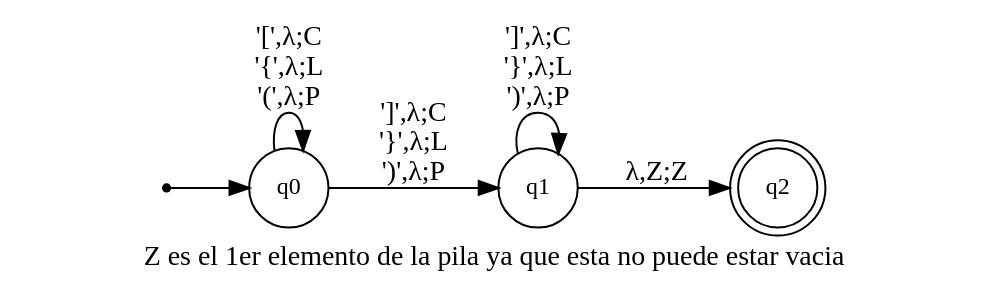
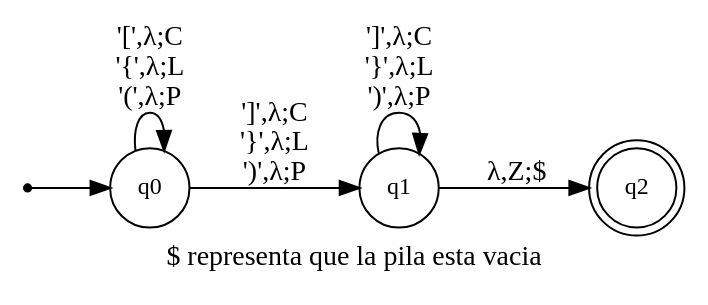
Before and after one commit to LCampi01/SSL: the diagram in 04-Comentarios/EquilibrateBrackets.gv, drawn with Graphviz.

Commit message:
represento la pila vacia con el signo $

```diff
--- a/04-Comentarios/EquilibrateBrackets.gv
+++ b/04-Comentarios/EquilibrateBrackets.gv
@@ -1,19 +1,19 @@
 digraph MaquinaDeEstado{
 
     rankdir=LR;
     size="8,5"
 
     node [shape = circle, fontsize=12] q0;
     node [shape = circle, fontsize=12] q1;
     node [shape = doublecircle, fontsize=12] q2;
 
     node [shape = point ] qi;
 
     qi -> q0;
 
     q0 -> q0 [ label = "'[',λ;C\n'{',λ;L\n'(',λ;P"]
     q0 -> q1 [ label = "']',λ;C\n'}',λ;L\n')',λ;P"]
     q1 -> q1 [ label = "']',λ;C\n'}',λ;L\n')',λ;P"]    
-    q1 -> q2 [ label = "λ,Z;Z"]
-    label = "Z es el 1er elemento de la pila ya que esta no puede estar vacia"
+    q1 -> q2 [ label = "λ,Z;$"]
+    label = "$ representa que la pila esta vacia"
 }
```
